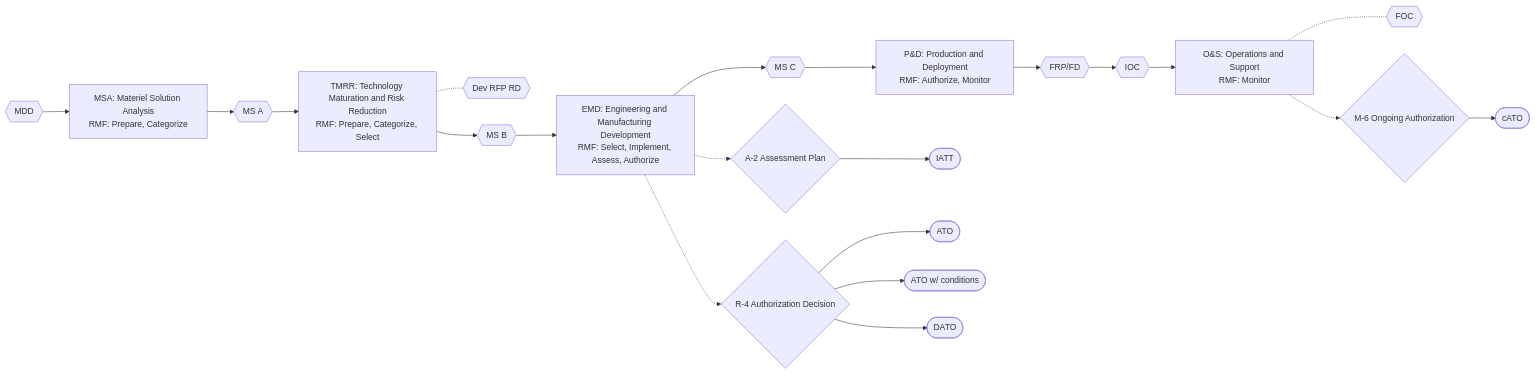
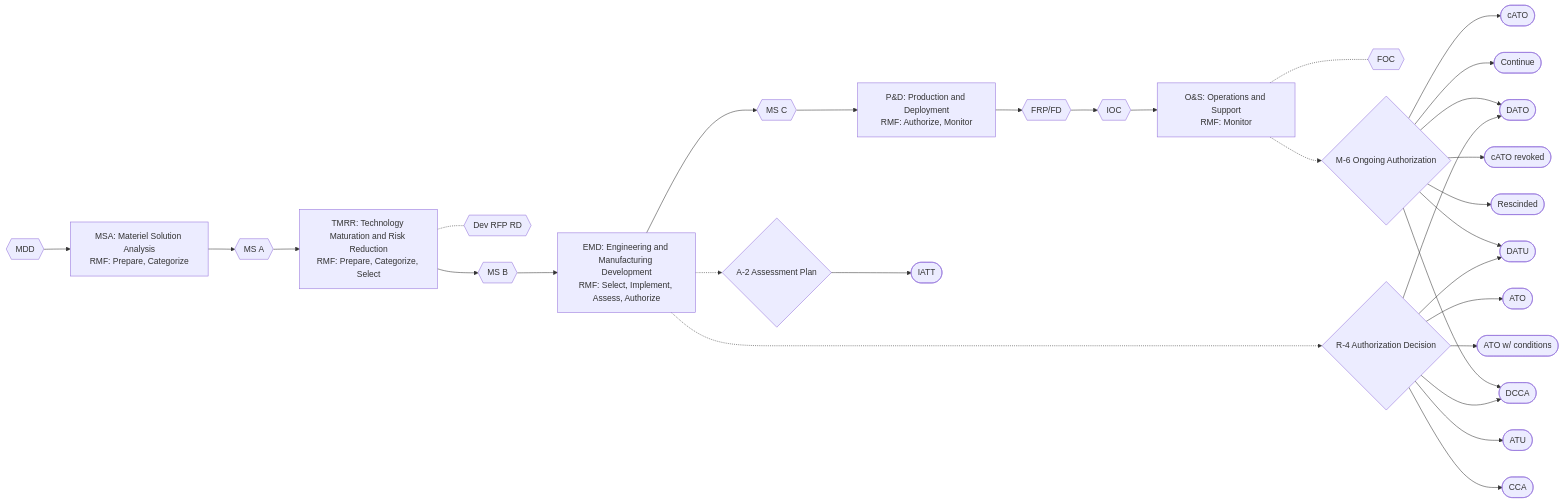
The diagram in MANUAL.md (jrgutier/rmf-ato-tool), drawn with Mermaid before and after one commit. The commit also changed other lines of this file and 96 other files, not shown here.

````diff
--- a/MANUAL.md
+++ b/MANUAL.md
@@ -87,24 +87,34 @@
 ```mermaid
 flowchart LR
   MS_MDD{{"MDD"}}
   MS_MDD --> PH_MSA["MSA: Materiel Solution Analysis<br/>RMF: Prepare, Categorize"]
   PH_MSA --> MS_A{{"MS A"}}
   MS_A --> PH_TMRR["TMRR: Technology Maturation and Risk Reduction<br/>RMF: Prepare, Categorize, Select"]
   PH_TMRR -.- MS_DRFPRD{{"Dev RFP RD"}}
   PH_TMRR --> MS_B{{"MS B"}}
   MS_B --> PH_EMD["EMD: Engineering and Manufacturing Development<br/>RMF: Select, Implement, Assess, Authorize"]
   PH_EMD --> MS_C{{"MS C"}}
   MS_C --> PH_PD["P#amp;D: Production and Deployment<br/>RMF: Authorize, Monitor"]
   PH_PD --> MS_FRP{{"FRP/FD"}}
   MS_FRP --> MS_IOC{{"IOC"}}
   MS_IOC --> PH_OS["O#amp;S: Operations and Support<br/>RMF: Monitor"]
   PH_OS -.- MS_FOC{{"FOC"}}
   PH_EMD -.-> A_2{"A-2 Assessment Plan"}
   A_2 --> AD_IATT(["IATT"])
   PH_EMD -.-> R_4{"R-4 Authorization Decision"}
   R_4 --> AD_ATO(["ATO"])
   R_4 --> AD_ATOC(["ATO w/ conditions"])
   R_4 --> AD_DATO(["DATO"])
+  R_4 --> AD_ATU(["ATU"])
+  R_4 --> AD_DATU(["DATU"])
+  R_4 --> AD_CCA(["CCA"])
+  R_4 --> AD_DCCA(["DCCA"])
   PH_OS -.-> M_6{"M-6 Ongoing Authorization"}
+  M_6 --> AD_DATO(["DATO"])
   M_6 --> AD_CATO(["cATO"])
+  M_6 --> AD_DATU(["DATU"])
+  M_6 --> AD_DCCA(["DCCA"])
+  M_6 --> AD_CONT(["Continue"])
+  M_6 --> AD_RCATO(["cATO revoked"])
+  M_6 --> AD_RESC(["Rescinded"])
 ```
````
